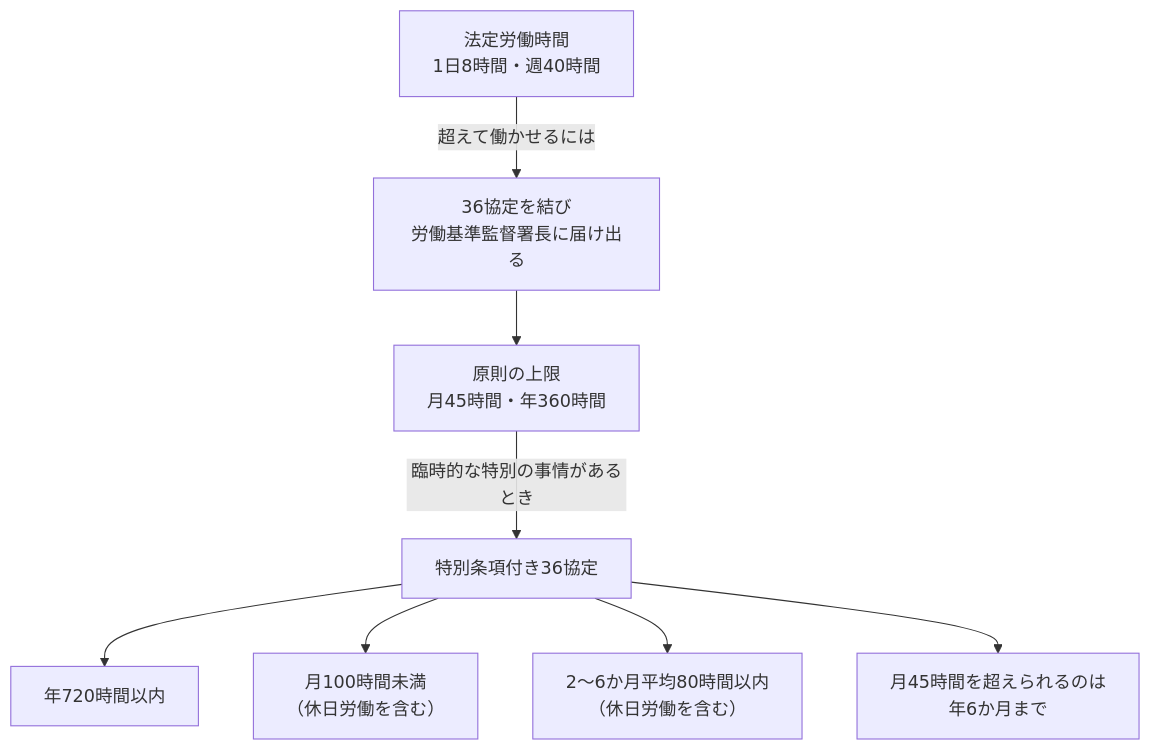
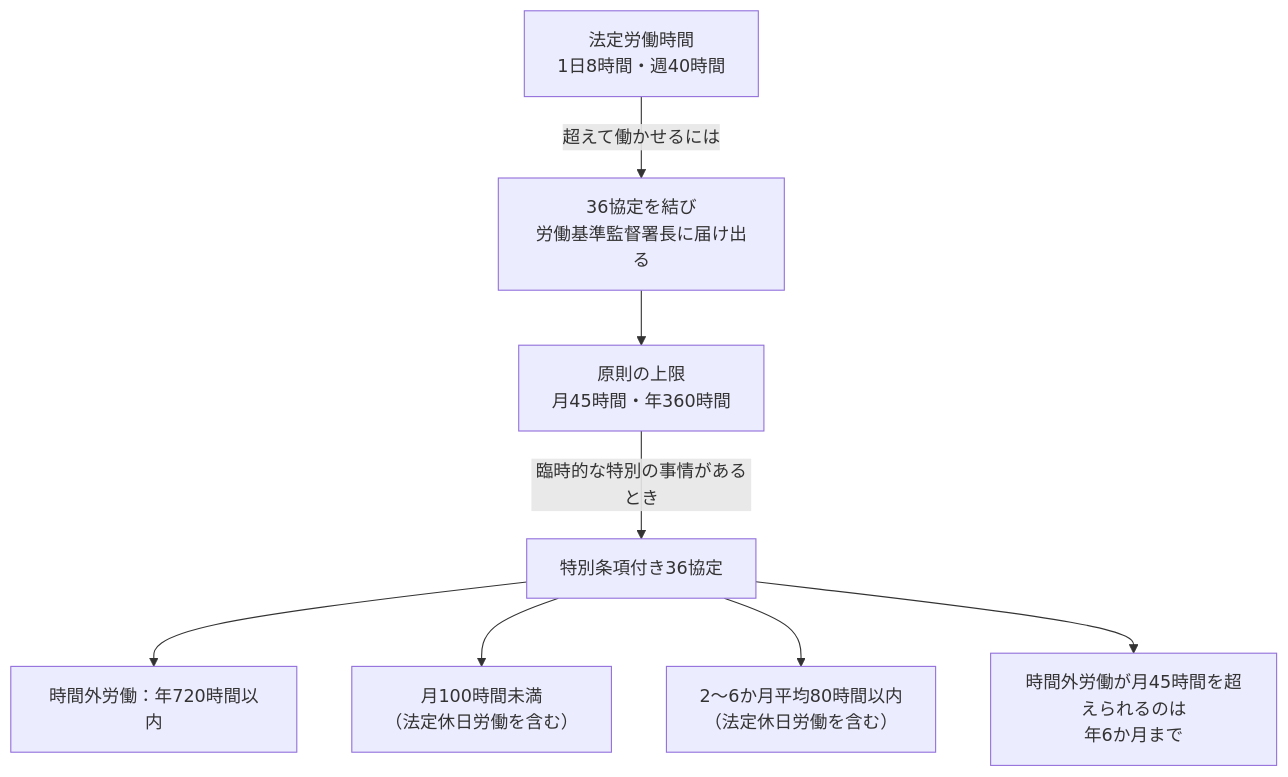
One commit to sasisi344/syllabus-hack changed the diagram in src/data/post/theory/labor-standards-act-36-agreement/index.md. Above: the diagram before and after it, drawn with Mermaid. The commit also changed other lines of this file and 26 other files, not shown here.

````diff
--- a/src/data/post/theory/labor-standards-act-36-agreement/index.md
+++ b/src/data/post/theory/labor-standards-act-36-agreement/index.md
@@ -29,10 +37,10 @@
 ```mermaid caption="残業の上限は3段階（労働基準法第36条）"
 flowchart TB
   A["法定労働時間<br/>1日8時間・週40時間"] -->|超えて働かせるには| B["36協定を結び<br/>労働基準監督署長に届け出る"]
   B --> C["原則の上限<br/>月45時間・年360時間"]
   C -->|臨時的な特別の事情があるとき| D["特別条項付き36協定"]
-  D --> E["年720時間以内"]
-  D --> F["月100時間未満<br/>（休日労働を含む）"]
-  D --> G["2〜6か月平均80時間以内<br/>（休日労働を含む）"]
-  D --> H["月45時間を超えられるのは<br/>年6か月まで"]
+  D --> E["時間外労働：年720時間以内"]
+  D --> F["月100時間未満<br/>（法定休日労働を含む）"]
+  D --> G["2〜6か月平均80時間以内<br/>（法定休日労働を含む）"]
+  D --> H["時間外労働が月45時間を超えられるのは<br/>年6か月まで"]
 ```
````
